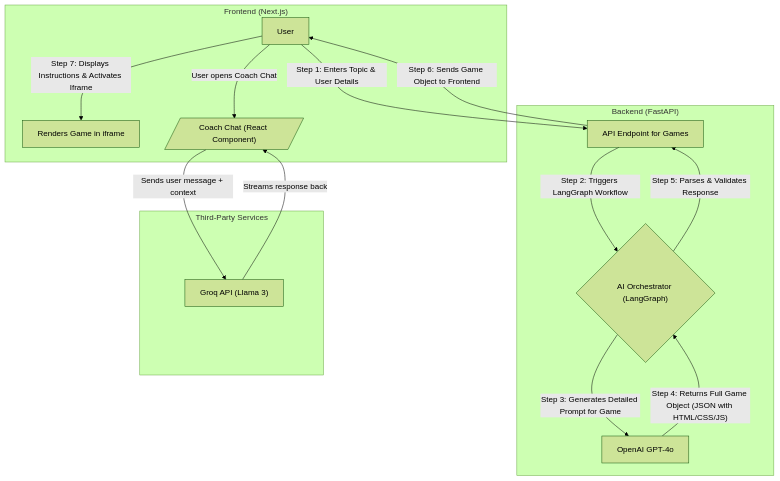
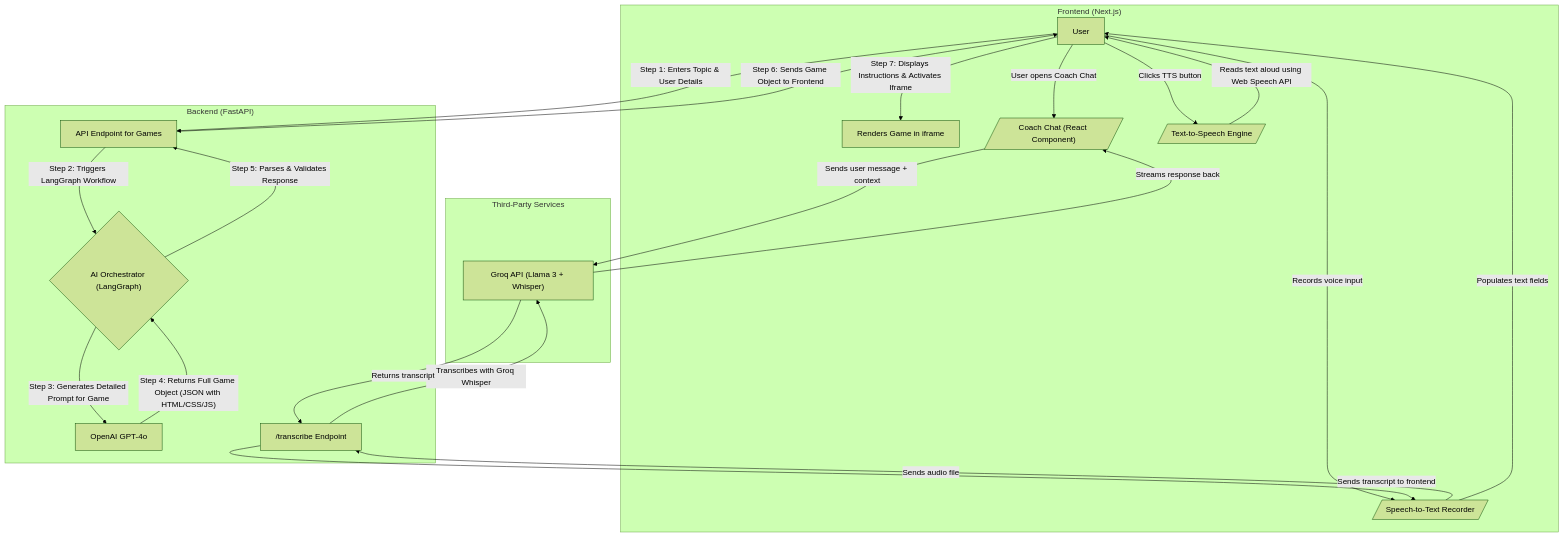
The diagram in README.md (saiisback/empower), drawn with Mermaid (forest theme) before and after one commit. The commit also changed other lines of this file, not shown here.

````diff
--- a/README.md
+++ b/README.md
@@ -42,30 +44,43 @@
 ```mermaid
 graph TD
     subgraph "Frontend (Next.js)"
         A[User]
         E["Renders Game in iframe"]
         F[/"Coach Chat (React Component)"/]
+        H[/"Text-to-Speech Engine"/]
+        I[/"Speech-to-Text Recorder"/]
     end
 
     subgraph "Backend (FastAPI)"
         B["API Endpoint for Games"]
         C{"AI Orchestrator (LangGraph)"}
         D["OpenAI GPT-4o"]
+        J["/transcribe Endpoint"]
     end
     
     subgraph "Third-Party Services"
-        G["Groq API (Llama 3)"]
+        G["Groq API (Llama 3 + Whisper)"]
     end
 
     A -->|"Step 1: Enters Topic & User Details"| B;
     B -->|"Step 2: Triggers LangGraph Workflow"| C;
     C -->|"Step 3: Generates Detailed Prompt for Game"| D;
     D -->|"Step 4: Returns Full Game Object (JSON with HTML/CSS/JS)"| C;
     C -->|"Step 5: Parses & Validates Response"| B;
     B -->|"Step 6: Sends Game Object to Frontend"| A;
     A -->|"Step 7: Displays Instructions & Activates Iframe"| E;
     
     A -->|"User opens Coach Chat"| F;
     F -->|"Sends user message + context"| G;
     G -->|"Streams response back"| F;
+    
+    A -->|"Clicks TTS button"| H;
+    H -->|"Reads text aloud using Web Speech API"| A;
+    
+    A -->|"Records voice input"| I;
+    I -->|"Sends audio file"| J;
+    J -->|"Transcribes with Groq Whisper"| G;
+    G -->|"Returns transcript"| J;
+    J -->|"Sends transcript to frontend"| I;
+    I -->|"Populates text fields"| A;
 ```
````
